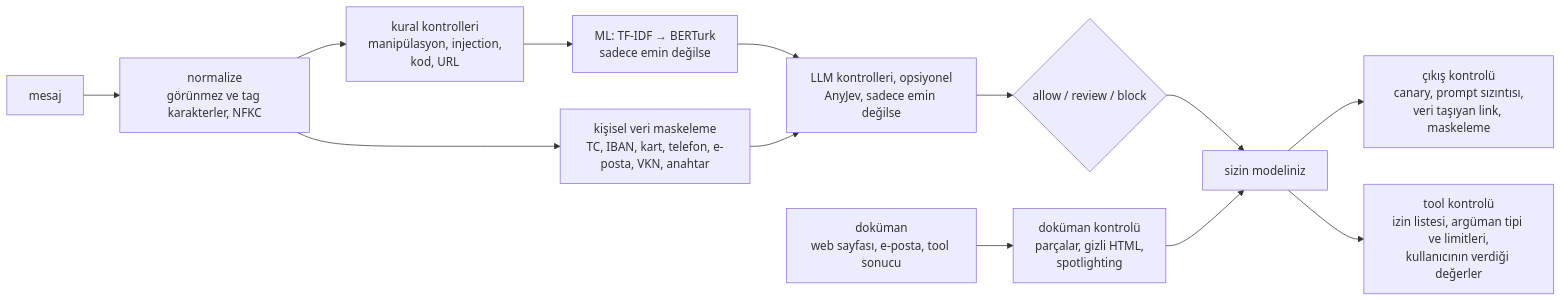
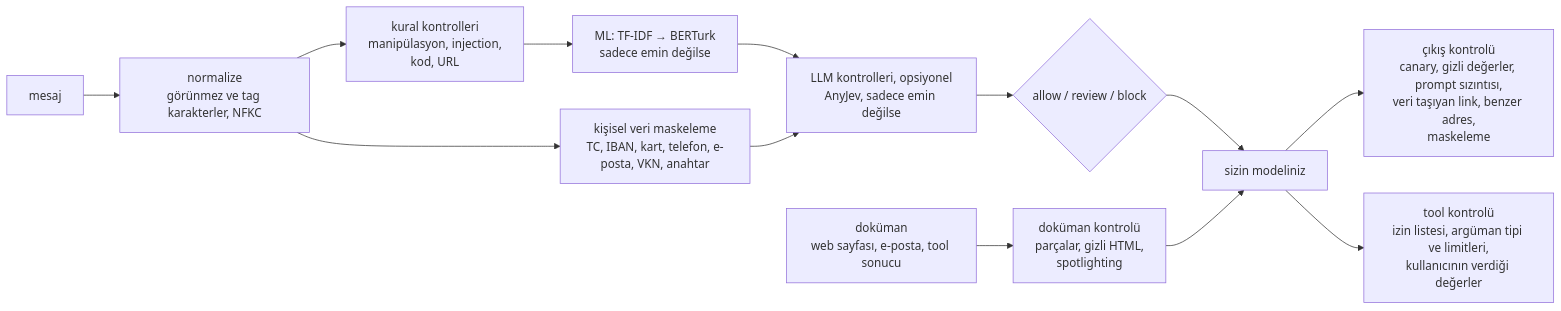
Before and after one commit to efronh/sieve: the diagram in README.tr.md, drawn with Mermaid. The commit also changed other lines of this file and 2 other files, not shown here.

````diff
--- a/README.tr.md
+++ b/README.tr.md
@@ -169,13 +186,13 @@
 ```mermaid
 flowchart LR
     A[mesaj] --> N[normalize<br/>görünmez ve tag karakterler, NFKC]
     N --> M[kişisel veri maskeleme<br/>TC, IBAN, kart, telefon, e-posta, VKN, anahtar]
     N --> C[kural kontrolleri<br/>manipülasyon, injection,<br/>kod, URL]
     C --> ML[ML: TF-IDF → BERTurk<br/>sadece emin değilse]
     ML --> L[LLM kontrolleri, opsiyonel<br/>AnyJev, sadece emin değilse]
     M --> L
     L --> R{allow / review / block}
-    R --> LLM[sizin modeliniz] --> O[çıkış kontrolü<br/>canary, prompt sızıntısı,<br/>veri taşıyan link, maskeleme]
+    R --> LLM[sizin modeliniz] --> O[çıkış kontrolü<br/>canary, gizli değerler, prompt sızıntısı,<br/>veri taşıyan link, benzer adres,<br/>maskeleme]
     LLM --> T[tool kontrolü<br/>izin listesi, argüman tipi ve limitleri,<br/>kullanıcının verdiği değerler]
     D[doküman<br/>web sayfası, e-posta, tool sonucu] --> DG[doküman kontrolü<br/>parçalar, gizli HTML,<br/>spotlighting] --> LLM
 ```
````
